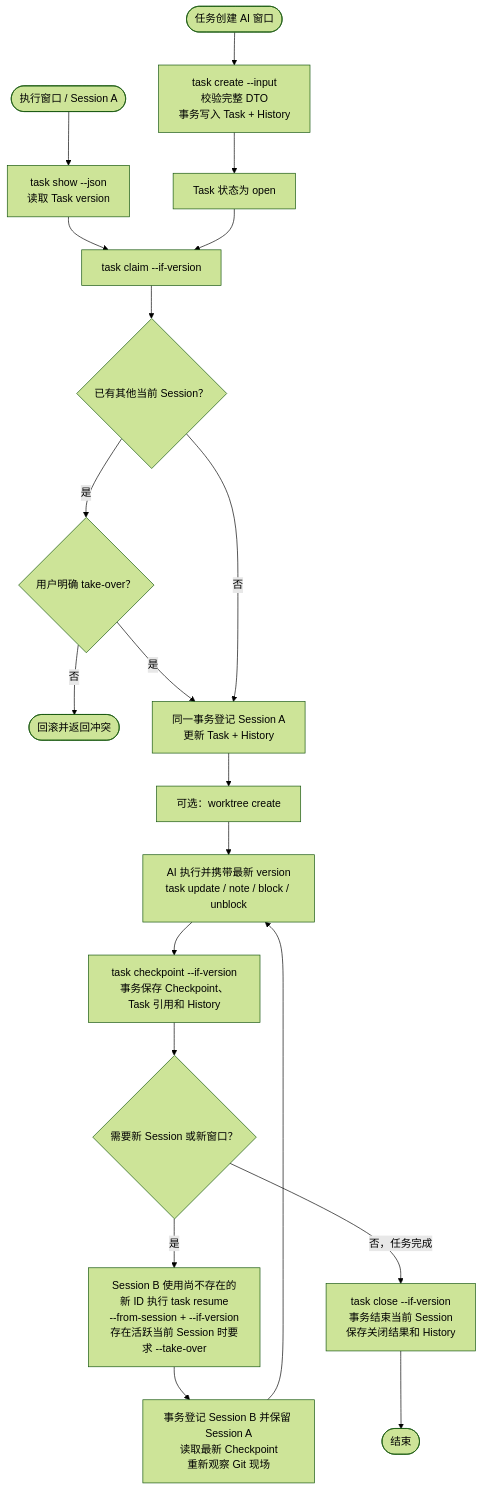
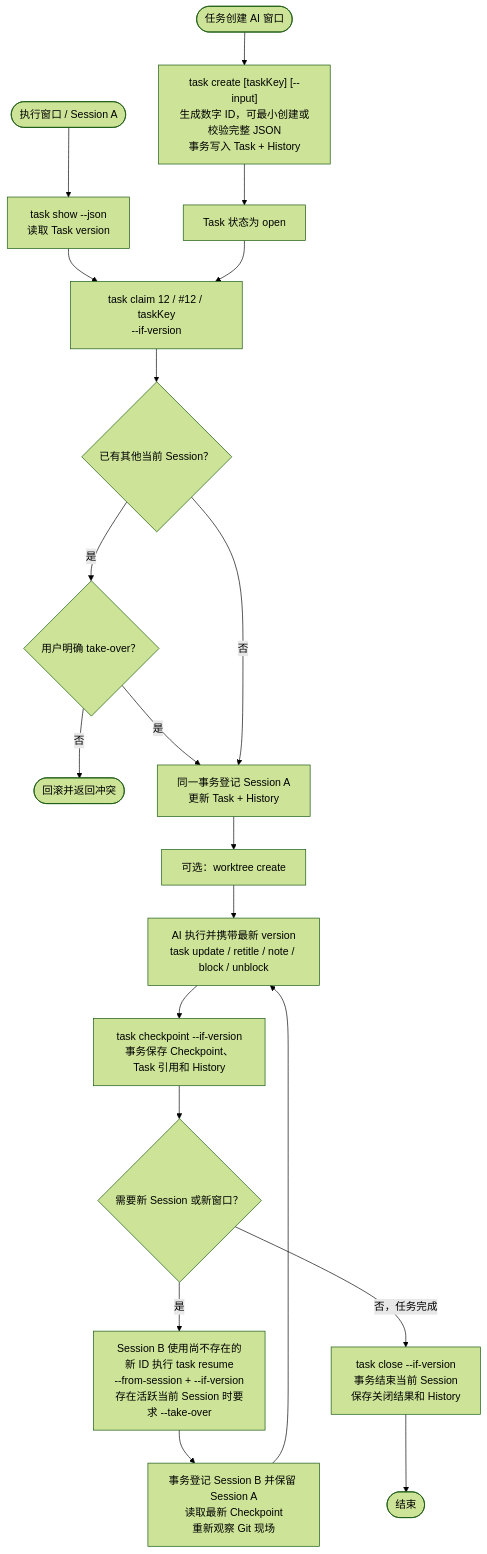
The second of 5 diagrams in docs/v0/10-架构与流程图.md (cecil-su/agent-steward), drawn with Mermaid (forest theme) before and after one commit. The commit also changed other lines of this file and 25 other files, not shown here.

````diff
--- a/docs/v0/10-架构与流程图.md
+++ b/docs/v0/10-架构与流程图.md
@@ -63,25 +63,25 @@
 ```mermaid
 flowchart TD
-    CreateWindow(["任务创建 AI 窗口"]) --> Create["task create --input<br/>校验完整 DTO<br/>事务写入 Task + History"]
+    CreateWindow(["任务创建 AI 窗口"]) --> Create["task create [taskKey] [--input]<br/>生成数字 ID，可最小创建或校验完整 JSON<br/>事务写入 Task + History"]
     Create --> Open["Task 状态为 open"]
 
     ExecWindow(["执行窗口 / Session A"]) --> Read["task show --json<br/>读取 Task version"]
-    Read --> Claim["task claim --if-version"]
+    Read --> Claim["task claim 12 / #12 / taskKey<br/>--if-version"]
     Open --> Claim
     Claim --> Conflict{"已有其他当前 Session？"}
     Conflict -- "是" --> Choice{"用户明确 take-over？"}
     Choice -- "否" --> Stop(["回滚并返回冲突"])
     Choice -- "是" --> Bind
     Conflict -- "否" --> Bind["同一事务登记 Session A<br/>更新 Task + History"]
 
     Bind --> Worktree["可选：worktree create"]
-    Worktree --> Work["AI 执行并携带最新 version<br/>task update / note / block / unblock"]
+    Worktree --> Work["AI 执行并携带最新 version<br/>task update / retitle / note / block / unblock"]
     Work --> Checkpoint["task checkpoint --if-version<br/>事务保存 Checkpoint、Task 引用和 History"]
 
     Checkpoint --> Continue{"需要新 Session 或新窗口？"}
     Continue -- "是" --> Resume["Session B 使用尚不存在的新 ID 执行 task resume<br/>--from-session + --if-version<br/>存在活跃当前 Session 时要求 --take-over"]
     Resume --> Restore["事务登记 Session B 并保留 Session A<br/>读取最新 Checkpoint<br/>重新观察 Git 现场"]
     Restore --> Work
     Continue -- "否，任务完成" --> Close["task close --if-version<br/>事务结束当前 Session<br/>保存关闭结果和 History"]
     Close --> End(["结束"])
 ```
````
